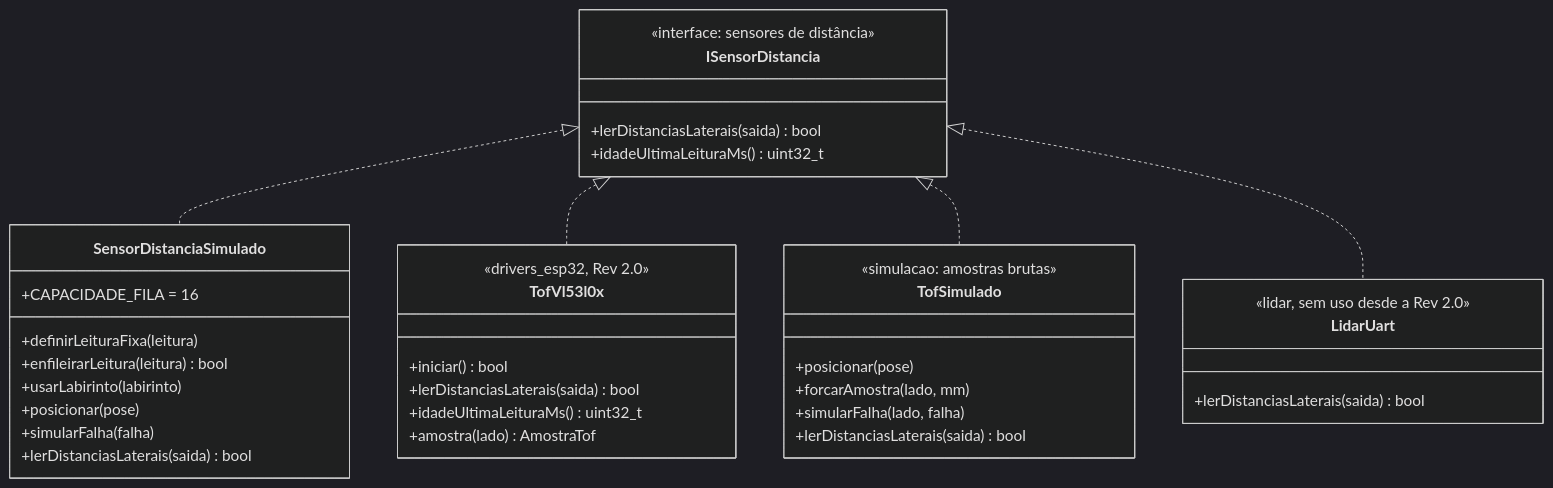
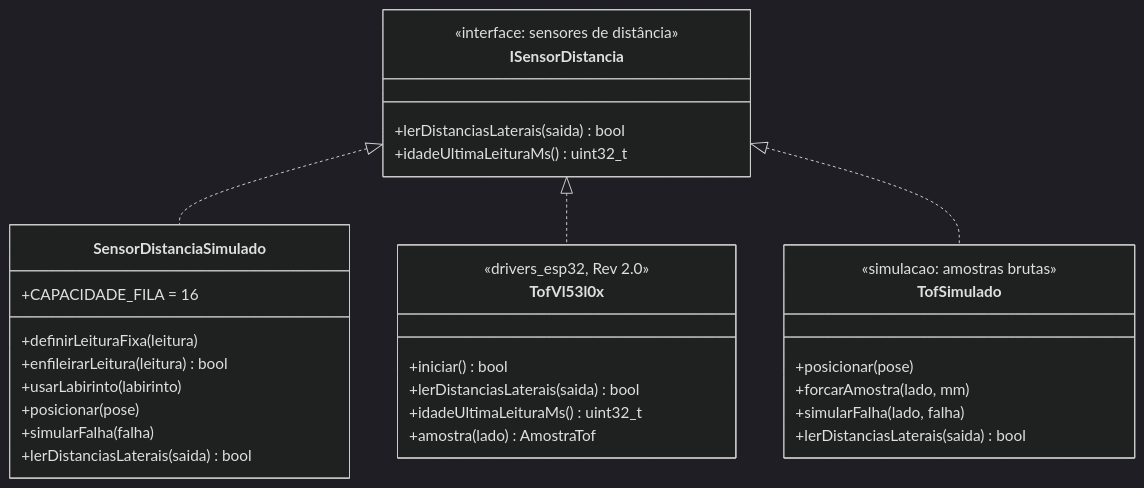
One commit to fcte-pi1/2026_2_PI1_Grupo01_Hilmer changed the third of 22 diagrams in docs/04-projeto-conceitual/firmware.md. Above: the diagram before and after it, drawn with Mermaid (dark theme). The commit also changed other lines of this file and 1 other file, not shown here.

````diff
--- a/docs/04-projeto-conceitual/firmware.md
+++ b/docs/04-projeto-conceitual/firmware.md
@@ -185,39 +184,34 @@
 ```mermaid
 classDiagram
     class ISensorDistancia {
         <<interface: sensores de distância>>
         +lerDistanciasLaterais(saida) bool
         +idadeUltimaLeituraMs() uint32_t
     }
     class SensorDistanciaSimulado {
         +CAPACIDADE_FILA = 16
         +definirLeituraFixa(leitura)
         +enfileirarLeitura(leitura) bool
         +usarLabirinto(labirinto)
         +posicionar(pose)
         +simularFalha(falha)
         +lerDistanciasLaterais(saida) bool
     }
     class TofVl53l0x {
         <<drivers_esp32, Rev 2.0>>
         +iniciar() bool
         +lerDistanciasLaterais(saida) bool
         +idadeUltimaLeituraMs() uint32_t
         +amostra(lado) AmostraTof
     }
     class TofSimulado {
         <<simulacao: amostras brutas>>
         +posicionar(pose)
         +forcarAmostra(lado, mm)
         +simularFalha(lado, falha)
         +lerDistanciasLaterais(saida) bool
     }
-    class LidarUart {
-        <<lidar, sem uso desde a Rev 2.0>>
-        +lerDistanciasLaterais(saida) bool
-    }
     ISensorDistancia <|.. SensorDistanciaSimulado
     ISensorDistancia <|.. TofVl53l0x
     ISensorDistancia <|.. TofSimulado
-    ISensorDistancia <|.. LidarUart
 ```
````
